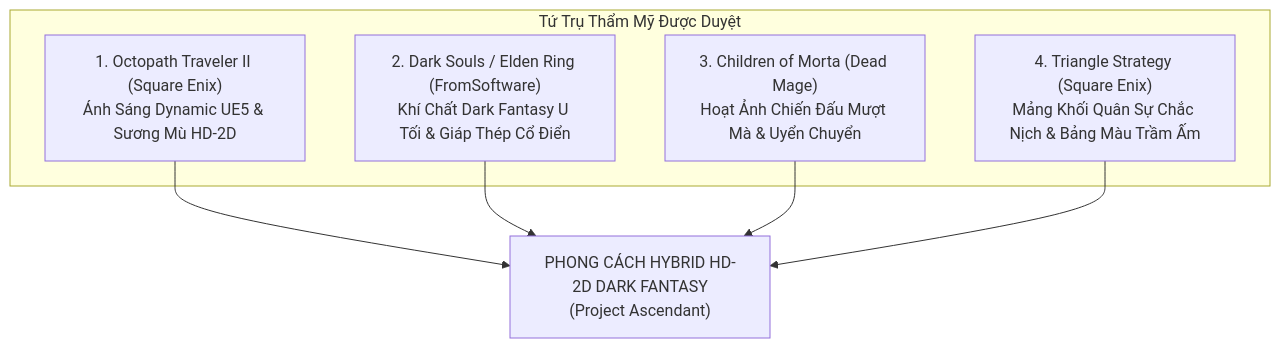
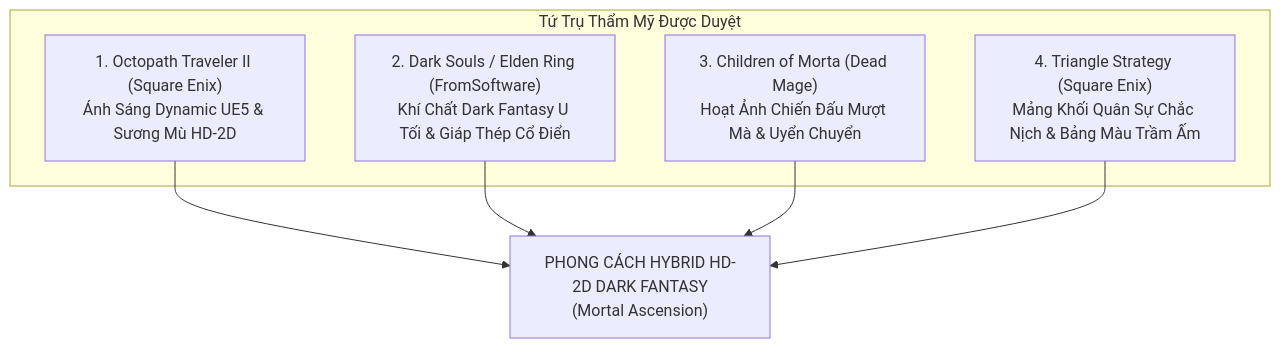
The diagram in design/art/vanguard-mood-board.md (kenzings-ng/MortalAscension), drawn with Mermaid before and after one commit. The commit also changed other lines of this file and 32 other files, not shown here.

````diff
--- a/design/art/vanguard-mood-board.md
+++ b/design/art/vanguard-mood-board.md
@@ -16,14 +16,14 @@
 ```mermaid
 graph TD
     subgraph Benchmarks ["Tứ Trụ Thẩm Mỹ Được Duyệt"]
         OT2["1. Octopath Traveler II (Square Enix)<br/>Ánh Sáng Dynamic UE5 & Sương Mù HD-2D"]
         DS["2. Dark Souls / Elden Ring (FromSoftware)<br/>Khí Chất Dark Fantasy U Tối & Giáp Thép Cổ Điển"]
         COM["3. Children of Morta (Dead Mage)<br/>Hoạt Ảnh Chiến Đấu Mượt Mà & Uyển Chuyển"]
         TS["4. Triangle Strategy (Square Enix)<br/>Mảng Khối Quân Sự Chắc Nịch & Bảng Màu Trầm Ấm"]
     end
 
-    OT2 --> Synthesis["PHONG CÁCH HYBRID HD-2D DARK FANTASY<br/>(Project Ascendant)"]
+    OT2 --> Synthesis["PHONG CÁCH HYBRID HD-2D DARK FANTASY<br/>(Mortal Ascension)"]
     DS --> Synthesis
     COM --> Synthesis
     TS --> Synthesis
 ```
````
